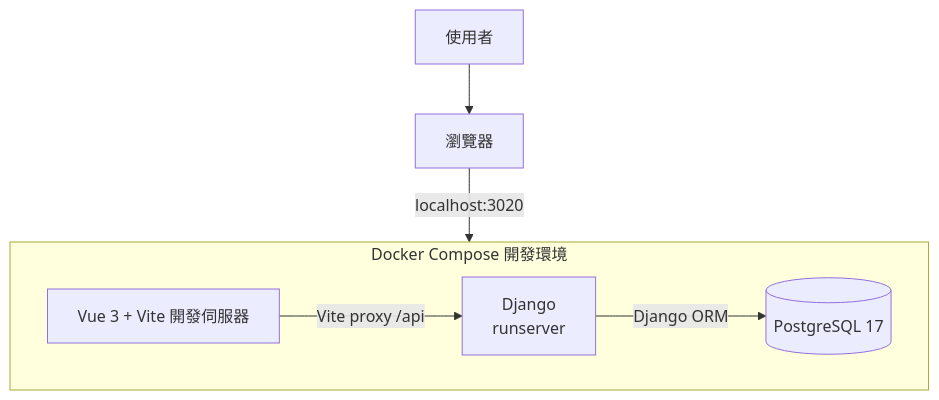
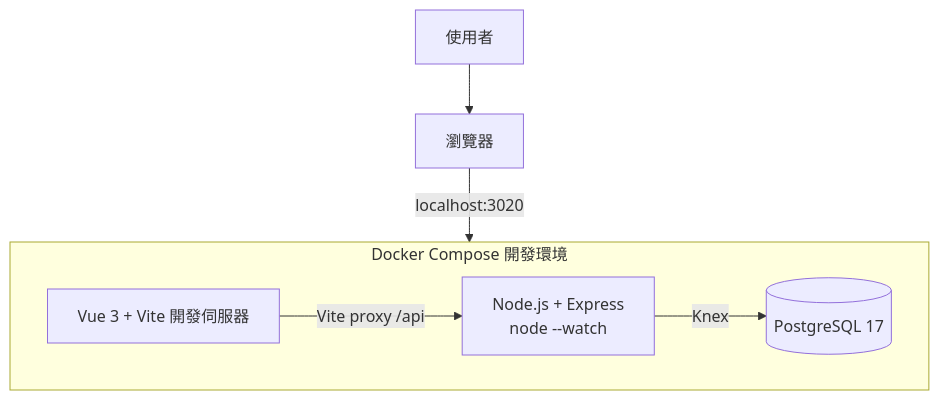
The first of 4 diagrams in docs/architecture.md (annie-clickforce/trello-fullstack), drawn with Mermaid before and after one commit. The commit also changed other lines of this file and 3 other files, not shown here.

First line of the commit message:
docs:後端改用 Node.js（Express）並更新規劃文件

````diff
--- a/docs/architecture.md
+++ b/docs/architecture.md
@@ -13,15 +13,15 @@
 ```mermaid
 flowchart TD
     User[使用者] --> Browser[瀏覽器]
     Browser -->|localhost:3020| Frontend
 
     subgraph Docker Compose 開發環境
         direction LR
         Frontend[Vue 3 + Vite 開發伺服器]
-        API[Django<br/>runserver]
+        API[Node.js + Express<br/>node --watch]
         DB[(PostgreSQL 17)]
 
         Frontend -->|Vite proxy /api| API
-        API -->|Django ORM| DB
+        API -->|Knex| DB
     end
 ```
````
